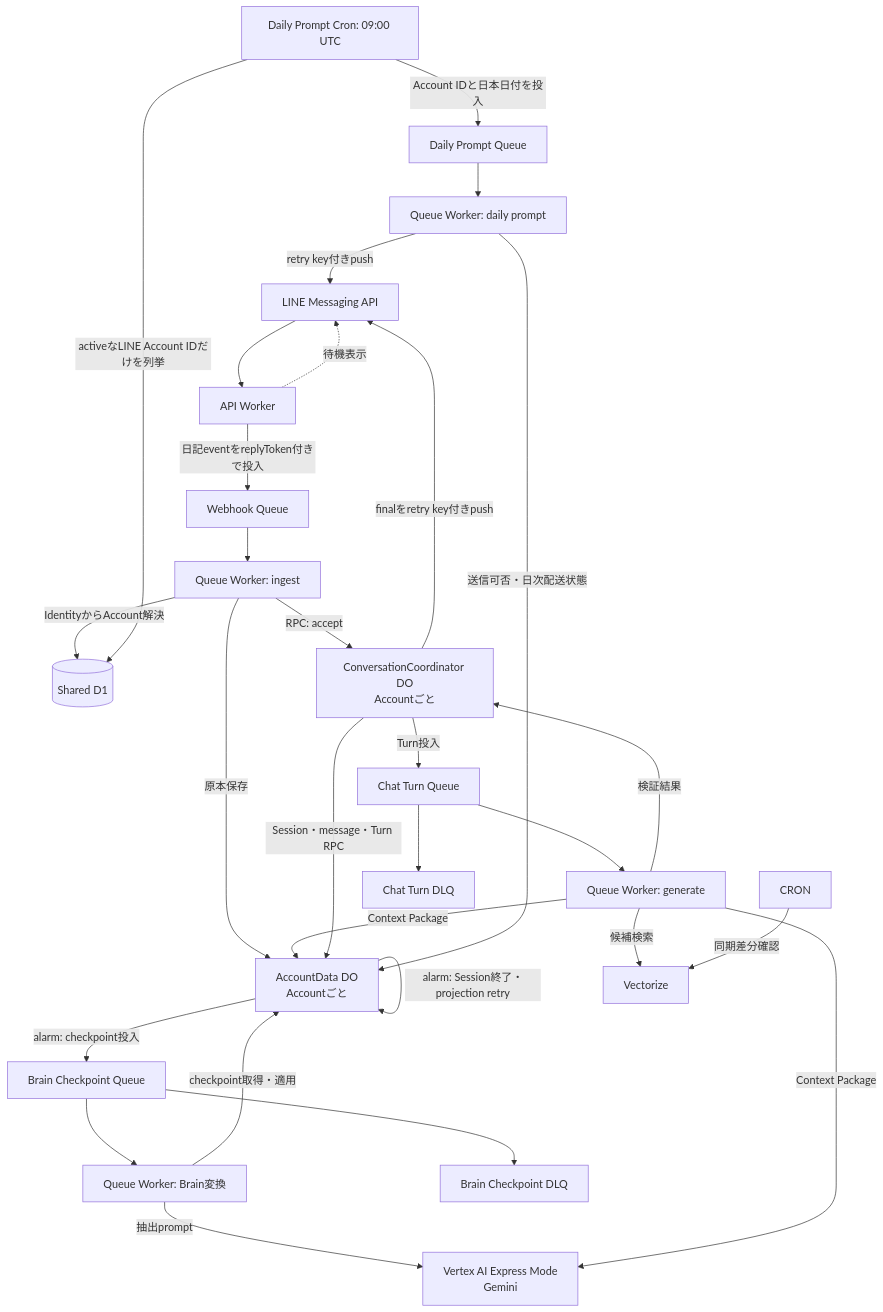
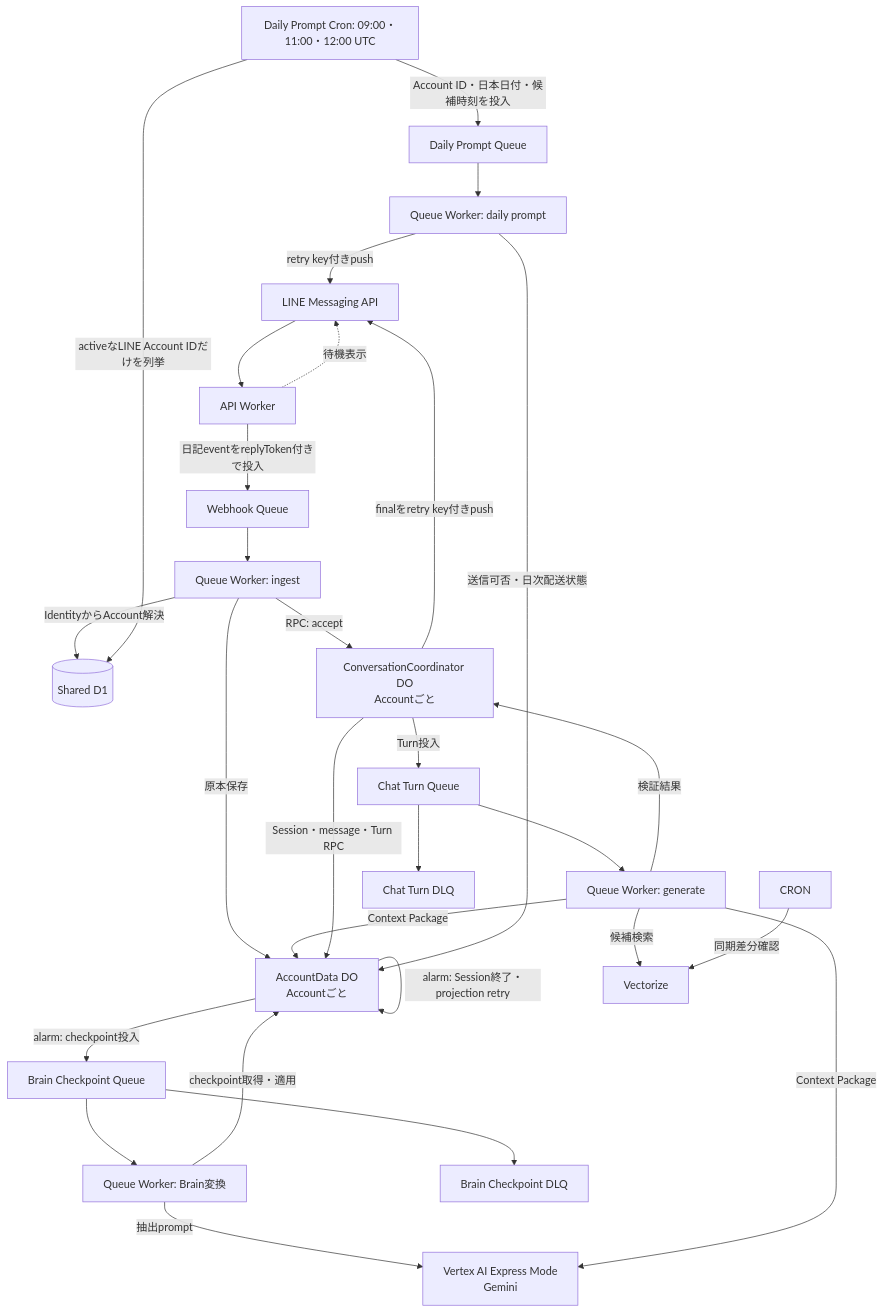
The first of 10 diagrams in docs/architecture/diary-chat-implementation-design.md (kkyosuke/me-builder), drawn with Mermaid before and after one commit. The commit also changed other lines of this file and 29 other files, not shown here.

````diff
--- a/docs/architecture/diary-chat-implementation-design.md
+++ b/docs/architecture/diary-chat-implementation-design.md
@@ -52,31 +52,31 @@
 ```mermaid
 flowchart TD
     LINE[LINE Messaging API] --> API[API Worker]
     API -->|日記eventをreplyToken付きで投入| WQ[Webhook Queue]
     API -.->|待機表示| LINE
     WQ --> IW[Queue Worker: ingest]
     IW -->|IdentityからAccount解決| D1[(Shared D1)]
     IW -->|原本保存| AD[AccountData DO<br/>Accountごと]
     IW -->|RPC: accept| DO[ConversationCoordinator DO<br/>Accountごと]
     DO -->|Turn投入| TQ[Chat Turn Queue]
     TQ --> GW[Queue Worker: generate]
     AD -->|alarm: checkpoint投入| BQ[Brain Checkpoint Queue]
     BQ --> BW[Queue Worker: Brain変換]
     BW -->|checkpoint取得・適用| AD
     BW -->|抽出prompt| GEMINI
     GW -->|Context Package| AD
     GW -->|候補検索| V[Vectorize]
     GW -->|Context Package| GEMINI[Vertex AI Express Mode<br/>Gemini]
     GW -->|検証結果| DO
     DO -->|finalをretry key付きpush| LINE
     DO -->|Session・message・Turn RPC| AD
     AD -->|alarm: Session終了・projection retry| AD
-    DPCRON[Daily Prompt Cron: 09:00 UTC] -->|activeなLINE Account IDだけを列挙| D1
-    DPCRON -->|Account IDと日本日付を投入| DQ[Daily Prompt Queue]
+    DPCRON[Daily Prompt Cron: 09:00・11:00・12:00 UTC] -->|activeなLINE Account IDだけを列挙| D1
+    DPCRON -->|Account ID・日本日付・候補時刻を投入| DQ[Daily Prompt Queue]
     DQ --> DW[Queue Worker: daily prompt]
     DW -->|送信可否・日次配送状態| AD
     DW -->|retry key付きpush| LINE
     CRON -->|同期差分確認| V
     TQ --> DLQ[Chat Turn DLQ]
     BQ --> BDLQ[Brain Checkpoint DLQ]
 ```
````
